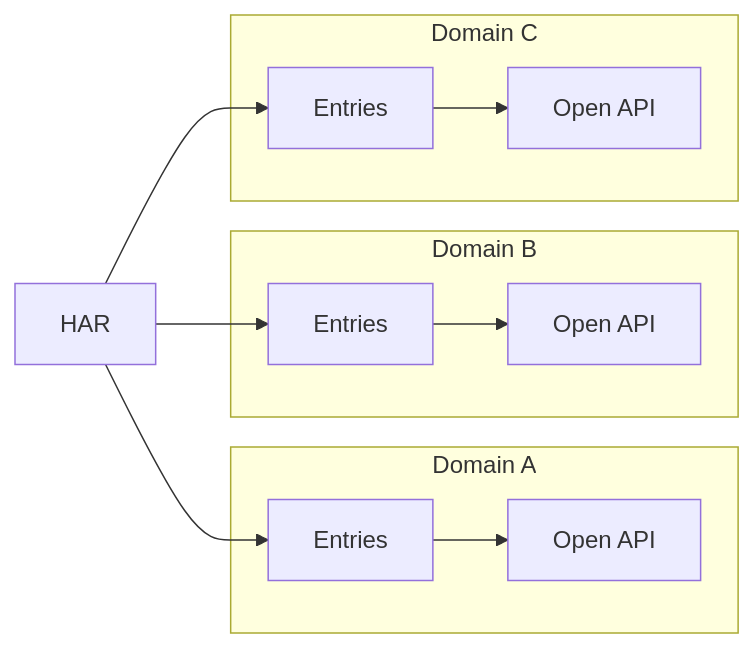
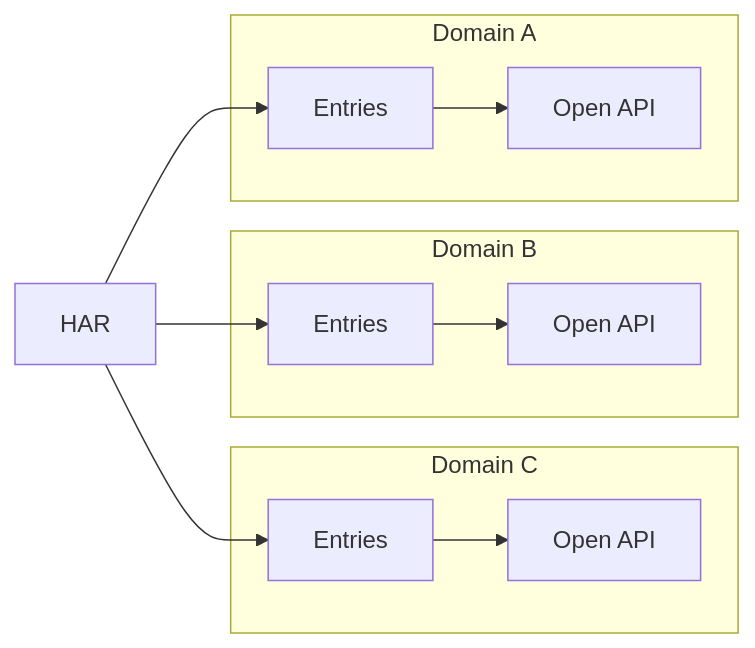
The diagram in README.md (michiharu/api-explorer), drawn with Mermaid before and after one commit. The commit also changed other lines of this file and 8 other files, not shown here.

````diff
--- a/README.md
+++ b/README.md
@@ -9,35 +9,35 @@
 ```mermaid
 flowchart LR
   HAR
 
   EntriesA["Entries"]
   EntriesB["Entries"]
   EntriesC["Entries"]
 
   OasA["Open API"]
   OasB["Open API"]
   OasC["Open API"]
 
   HAR --> EntriesA
   HAR --> EntriesB
   HAR --> EntriesC
 
   EntriesA --> OasA
   EntriesB --> OasB
   EntriesC --> OasC
 
-  subgraph "Domain A"
-    EntriesA
-    OasA
+  subgraph "Domain C"
+    EntriesC
+    OasC
   end
 
   subgraph "Domain B"
     EntriesB
     OasB
   end
 
-  subgraph "Domain C"
-    EntriesC
-    OasC
+  subgraph "Domain A"
+    EntriesA
+    OasA
   end
 ```
````
